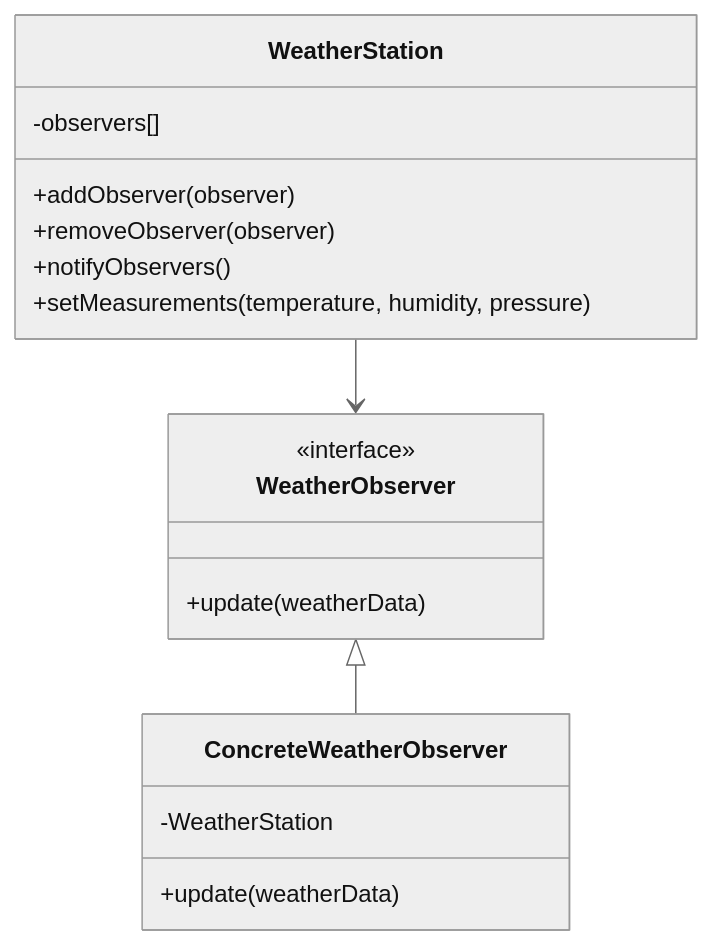
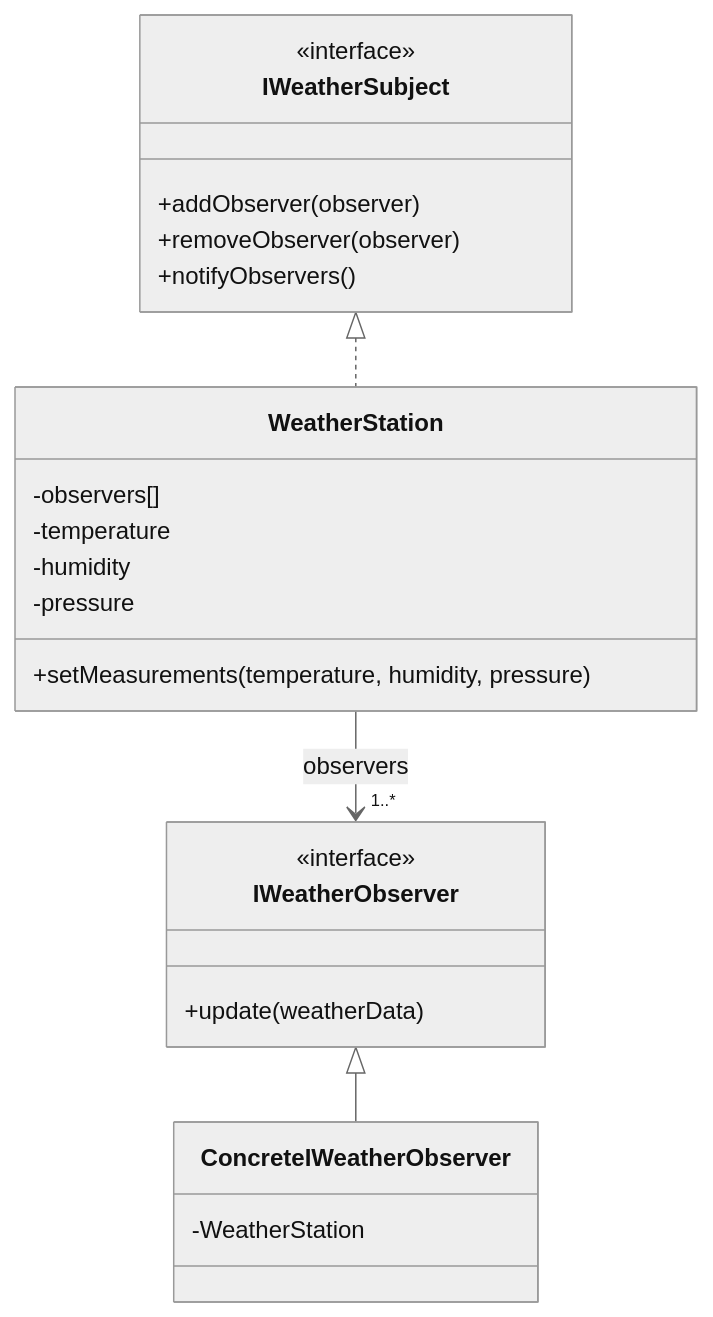
One commit to LeoKle/software-engineering2 changed the diagram in s2/aufgabe2.mmd. Above: the diagram before and after it, drawn with Mermaid (neutral theme). The commit also changed 1 other file, not shown here.

Commit message:
update A2 UML diagram

```diff
--- a/s2/aufgabe2.mmd
+++ b/s2/aufgabe2.mmd
@@ -1,17 +1,23 @@
 classDiagram
-class WeatherObserver 
-<<interface>> WeatherObserver
-WeatherObserver : +update(weatherData)
+class IWeatherObserver 
+<<interface>> IWeatherObserver
+IWeatherObserver : +update(weatherData)
 
-class ConcreteWeatherObserver
-WeatherObserver <|-- ConcreteWeatherObserver
-ConcreteWeatherObserver : -WeatherStation
-ConcreteWeatherObserver : +update(weatherData)
+class ConcreteIWeatherObserver
+IWeatherObserver <|-- ConcreteIWeatherObserver
+ConcreteIWeatherObserver : -WeatherStation
 
 class WeatherStation
-WeatherStation --> WeatherObserver
+IWeatherSubject <|.. WeatherStation
+WeatherStation --> "1..*" IWeatherObserver : observers
 WeatherStation : -observers[] 
-WeatherStation : +addObserver(observer)
-WeatherStation : +removeObserver(observer)
-WeatherStation : +notifyObservers()
+WeatherStation : -temperature
+WeatherStation : -humidity
+WeatherStation : -pressure
 WeatherStation : +setMeasurements(temperature, humidity, pressure)
+
+class IWeatherSubject
+<<interface>> IWeatherSubject
+IWeatherSubject : +addObserver(observer)
+IWeatherSubject : +removeObserver(observer)
+IWeatherSubject : +notifyObservers()
```
